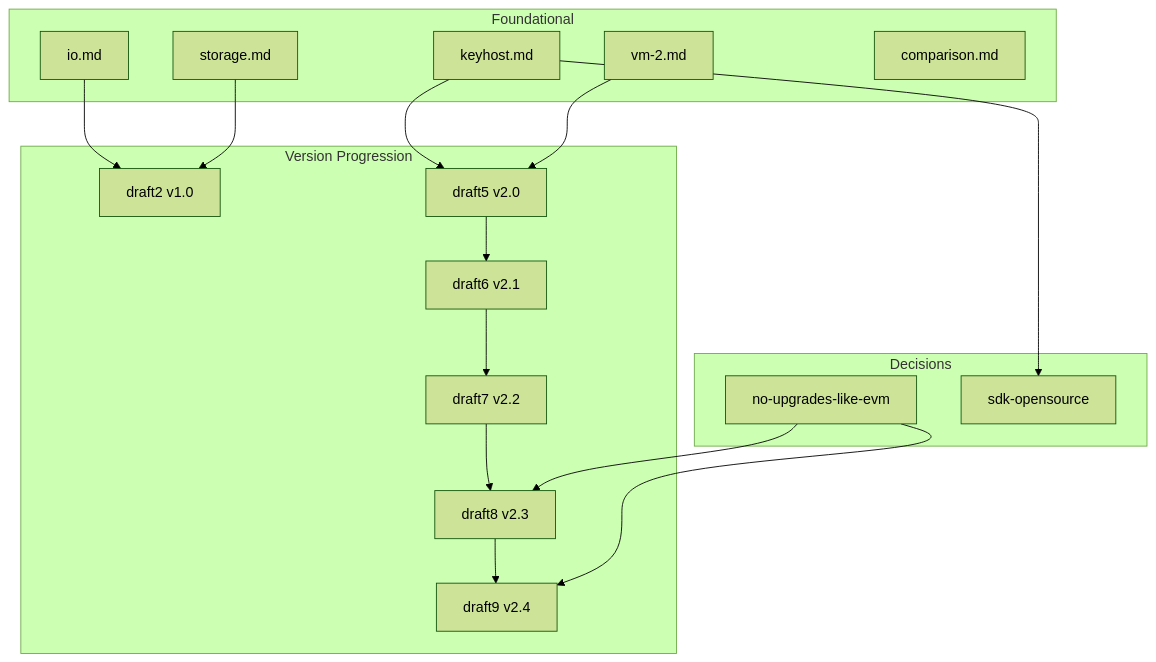
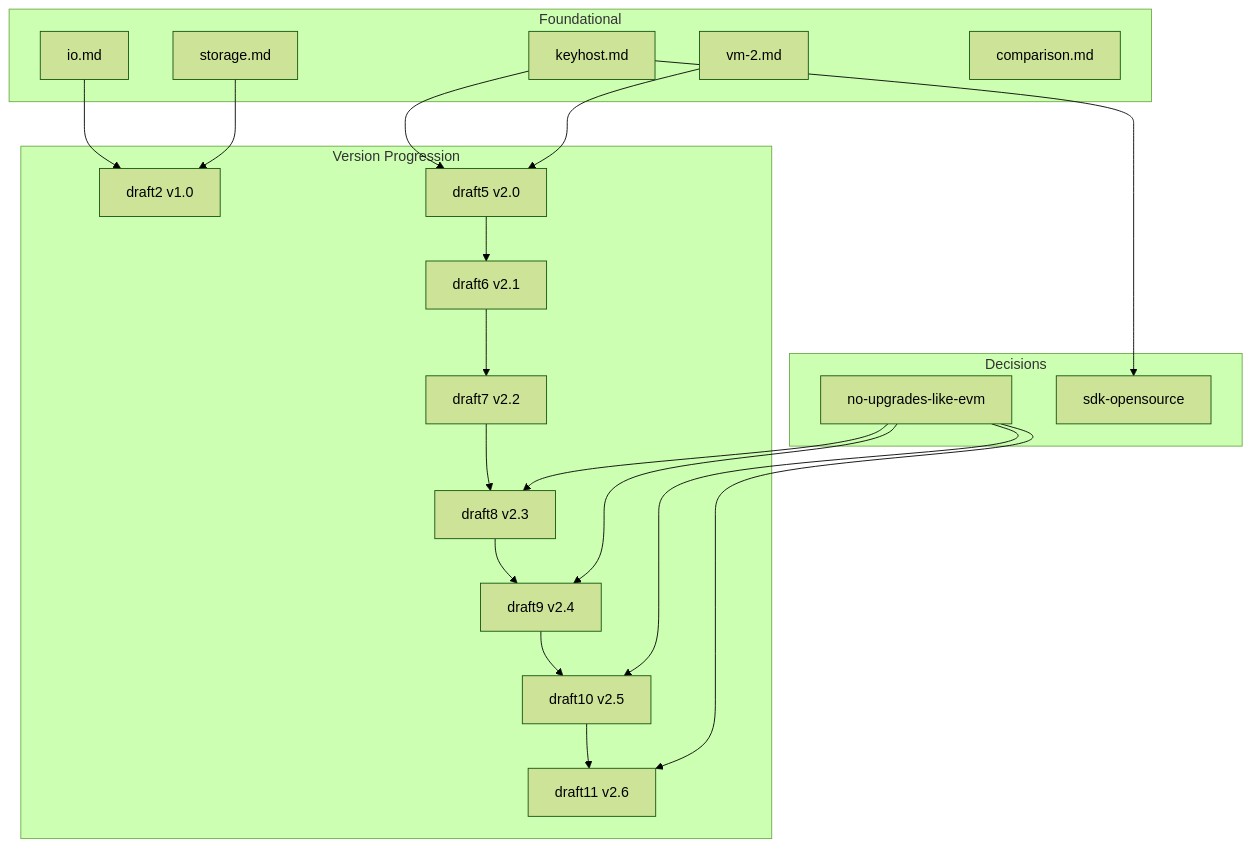
Before and after one commit to morpheum-labs/mwvm: the diagram in docs/proposals/api-appendix.md, drawn with Mermaid (forest theme). The commit also changed other lines of this file, not shown here.

````diff
--- a/docs/proposals/api-appendix.md
+++ b/docs/proposals/api-appendix.md
@@ -154,33 +168,37 @@
 ```mermaid
 flowchart TB
     subgraph Foundational["Foundational"]
         io[io.md]
         storage[storage.md]
         keyhost[keyhost.md]
         vm2[vm-2.md]
         comparison[comparison.md]
     end
 
     subgraph Versions["Version Progression"]
         d2[draft2 v1.0]
         d5[draft5 v2.0]
         d6[draft6 v2.1]
         d7[draft7 v2.2]
         d8[draft8 v2.3]
         d9[draft9 v2.4]
+        d10[draft10 v2.5]
+        d11[draft11 v2.6]
     end
 
     subgraph Decisions["Decisions"]
         noevm[no-upgrades-like-evm]
         sdk[sdk-opensource]
     end
 
     io --> d2
     storage --> d2
     keyhost --> d5
     vm2 --> d5
-    d5 --> d6 --> d7 --> d8 --> d9
+    d5 --> d6 --> d7 --> d8 --> d9 --> d10 --> d11
     noevm --> d8
     noevm --> d9
+    noevm --> d10
+    noevm --> d11
     keyhost --> sdk
 ```
````
